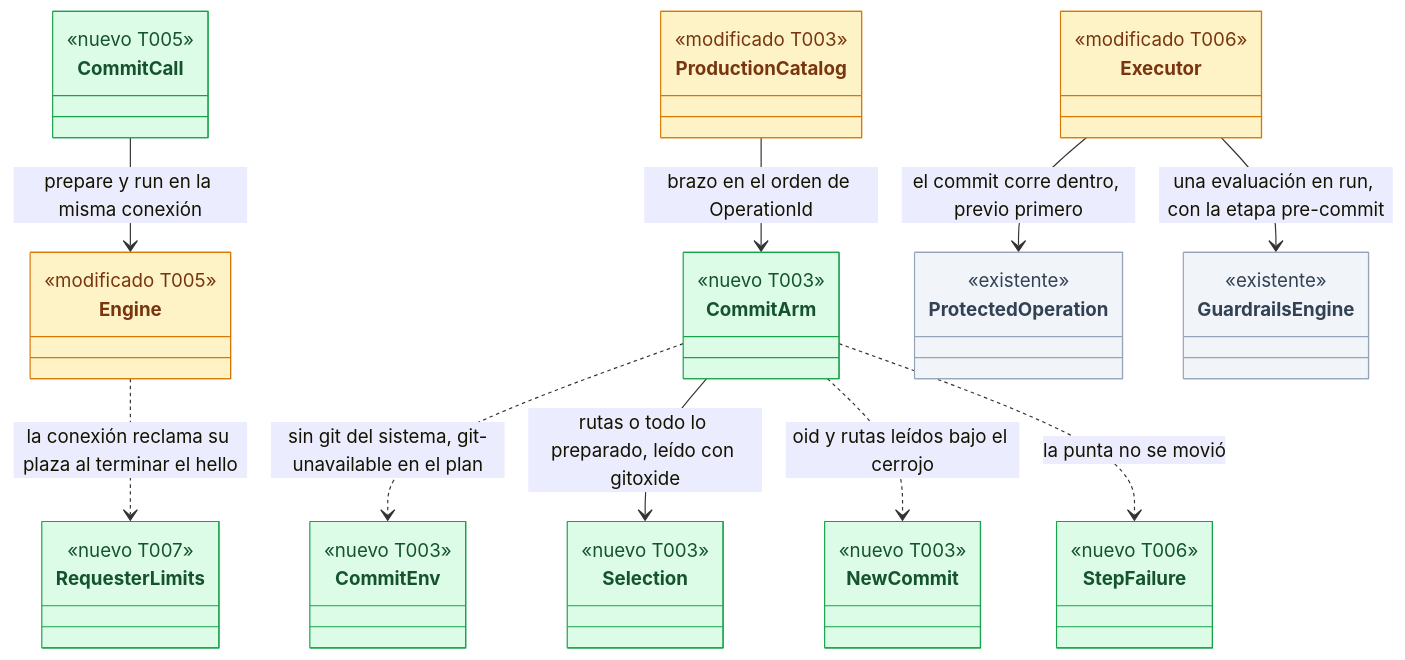
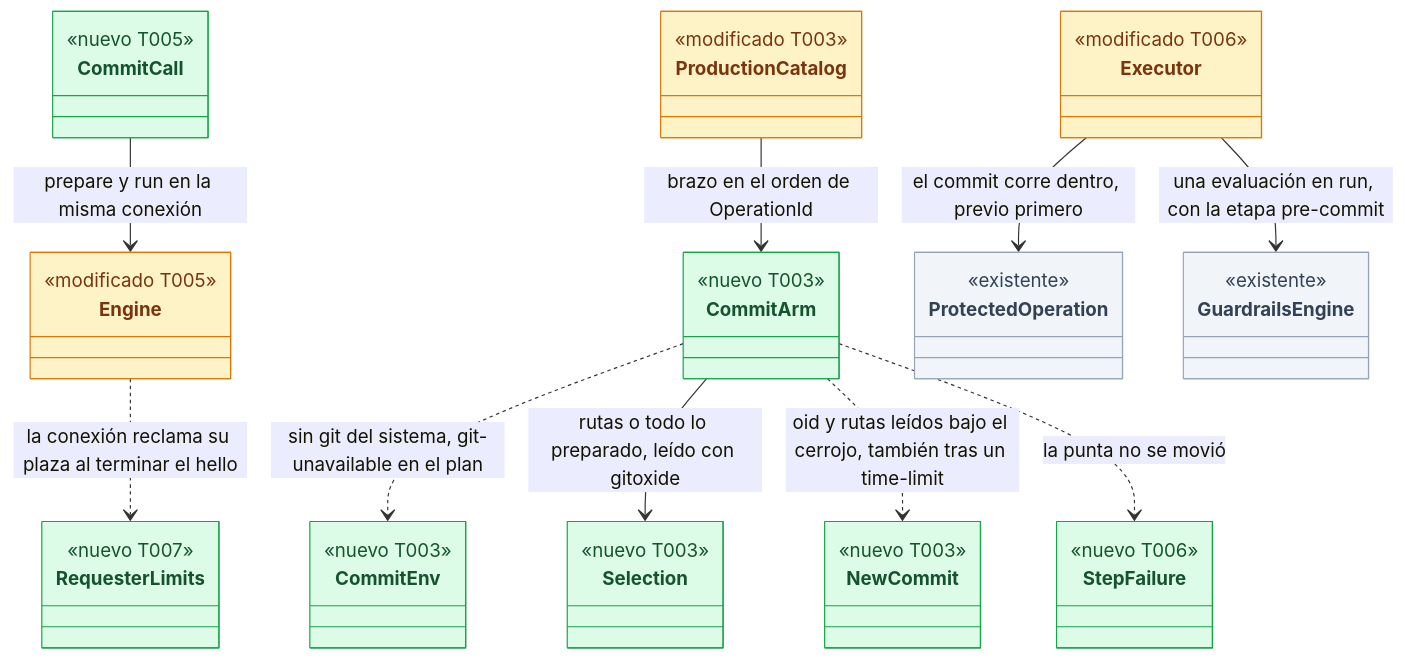
One commit to rbonillajr/gitRaptor changed the first of 3 diagrams in docs/requirements/features/mcp/dev-specs/US-MCP-009-dev-spec.md. Above: the diagram before and after it, drawn with Mermaid. The commit also changed other lines of this file and 1 other file, not shown here.

Commit message:
docs(mcp): apply the Architect and PO validation to DS-US-MCP-009 and DS-US-MCP-010

````diff
--- a/docs/requirements/features/mcp/dev-specs/US-MCP-009-dev-spec.md
+++ b/docs/requirements/features/mcp/dev-specs/US-MCP-009-dev-spec.md
@@ -126,27 +127,27 @@
 ```mermaid
 classDiagram
     class CommitCall:::nuevo { <<nuevo T005>> }
     class Engine:::modificado { <<modificado T005>> }
     class ProductionCatalog:::modificado { <<modificado T003>> }
     class CommitArm:::nuevo { <<nuevo T003>> }
     class Selection:::nuevo { <<nuevo T003>> }
     class CommitEnv:::nuevo { <<nuevo T003>> }
     class StepFailure:::nuevo { <<nuevo T006>> }
     class NewCommit:::nuevo { <<nuevo T003>> }
     class RequesterLimits:::nuevo { <<nuevo T007>> }
     class Executor:::modificado { <<modificado T006>> }
     class ProtectedOperation:::existente { <<existente>> }
     class GuardrailsEngine:::existente { <<existente>> }
     CommitCall --> Engine : prepare y run en la misma conexión
     Engine ..> RequesterLimits : la conexión reclama su plaza al terminar el hello
     Executor --> GuardrailsEngine : una evaluación en run, con la etapa pre-commit
     Executor --> ProtectedOperation : el commit corre dentro, previo primero
     ProductionCatalog --> CommitArm : brazo en el orden de OperationId
     CommitArm ..> CommitEnv : sin git del sistema, git-unavailable en el plan
     CommitArm --> Selection : rutas o todo lo preparado, leído con gitoxide
-    CommitArm ..> NewCommit : oid y rutas leídos bajo el cerrojo
+    CommitArm ..> NewCommit : oid y rutas leídos bajo el cerrojo, también tras un time-limit
     CommitArm ..> StepFailure : la punta no se movió
     classDef nuevo fill:#dcfce7,stroke:#16a34a,color:#14532d
     classDef modificado fill:#fef3c7,stroke:#d97706,color:#78350f
     classDef existente fill:#f1f5f9,stroke:#94a3b8,color:#334155
 ```
````
